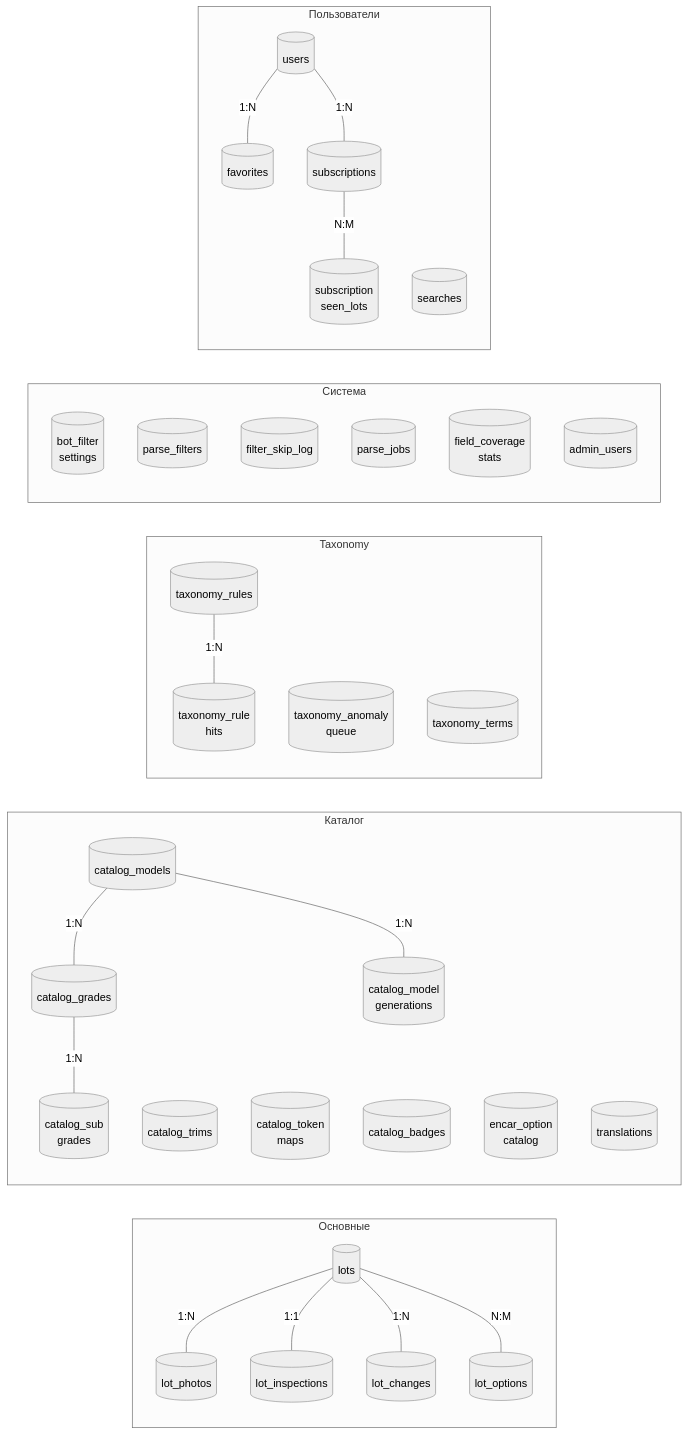
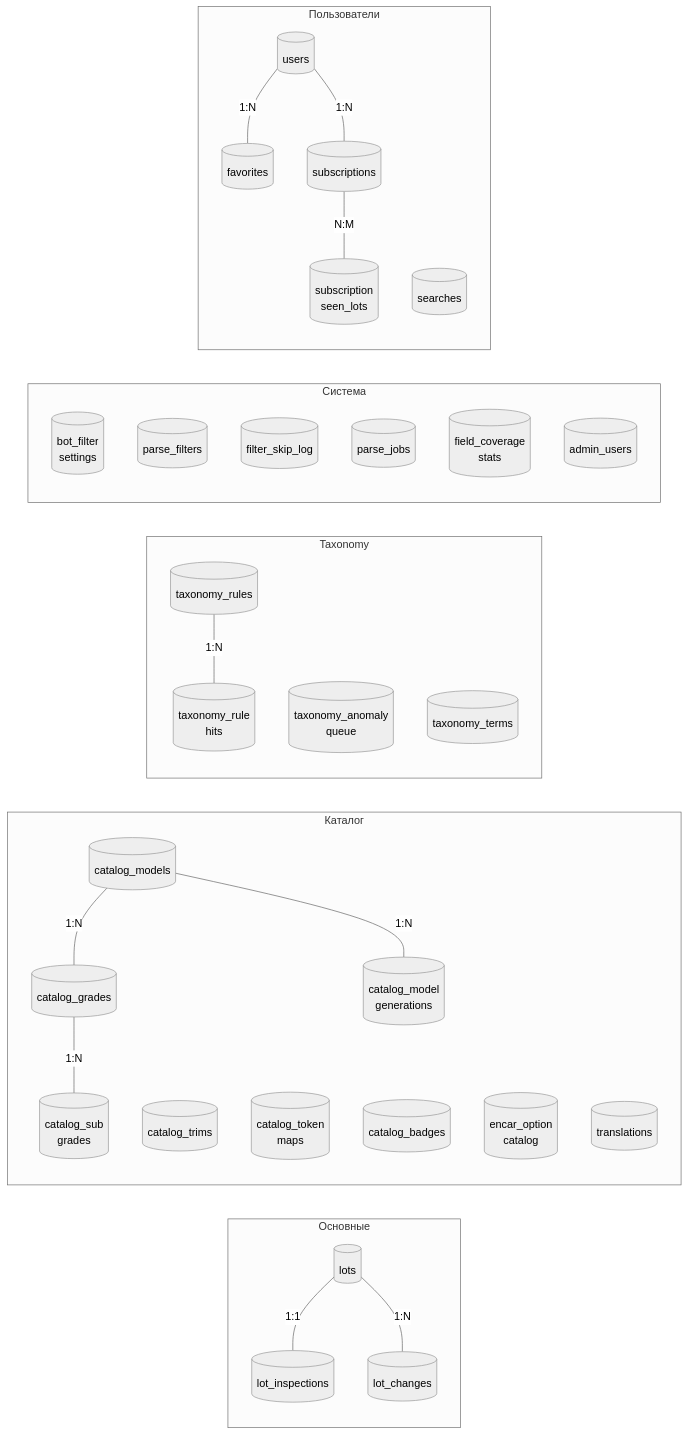
The diagram in docs/03-database.md (ArtyomKoshel/carbotacrchi), drawn with Mermaid (neutral theme) before and after one commit. The commit also changed other lines of this file and 19 other files, not shown here.

First line of the commit message:
perf(db): options bitmask and photo URL template on lots

````diff
--- a/docs/03-database.md
+++ b/docs/03-database.md
@@ -9,58 +9,54 @@
 ```mermaid
 flowchart LR
     subgraph CORE["Основные"]
         LOTS[(lots)]
-        PHOTOS[(lot_photos)]
         INSP[(lot_inspections)]
         CHG[(lot_changes)]
-        OPT[(lot_options)]
     end
 
     subgraph CAT["Каталог"]
         CM[(catalog_models)]
         CG[(catalog_grades)]
         CGN[(catalog_model\ngenerations)]
         CT[(catalog_trims)]
         CTM[(catalog_token\nmaps)]
         CSG[(catalog_sub\ngrades)]
         CB[(catalog_badges)]
         EOC[(encar_option\ncatalog)]
         TR[(translations)]
     end
 
     subgraph TAX["Taxonomy"]
         TRU[(taxonomy_rules)]
         TRH[(taxonomy_rule\nhits)]
         TAQ[(taxonomy_anomaly\nqueue)]
         TT[(taxonomy_terms)]
     end
 
     subgraph SYS["Система"]
         BFS[(bot_filter\nsettings)]
         PF[(parse_filters)]
         FSL[(filter_skip_log)]
         PJ[(parse_jobs)]
         FCS[(field_coverage\nstats)]
         AU[(admin_users)]
     end
 
     subgraph USR["Пользователи"]
         U[(users)]
         S[(searches)]
         F[(favorites)]
         SUB[(subscriptions)]
         SSL[(subscription\nseen_lots)]
     end
 
-    LOTS ---|1:N| PHOTOS
     LOTS ---|1:1| INSP
     LOTS ---|1:N| CHG
-    LOTS ---|N:M| OPT
     CM ---|1:N| CG
     CM ---|1:N| CGN
     CG ---|1:N| CSG
     TRU ---|1:N| TRH
     U ---|1:N| F
     U ---|1:N| SUB
     SUB ---|N:M| SSL
 ```
````
